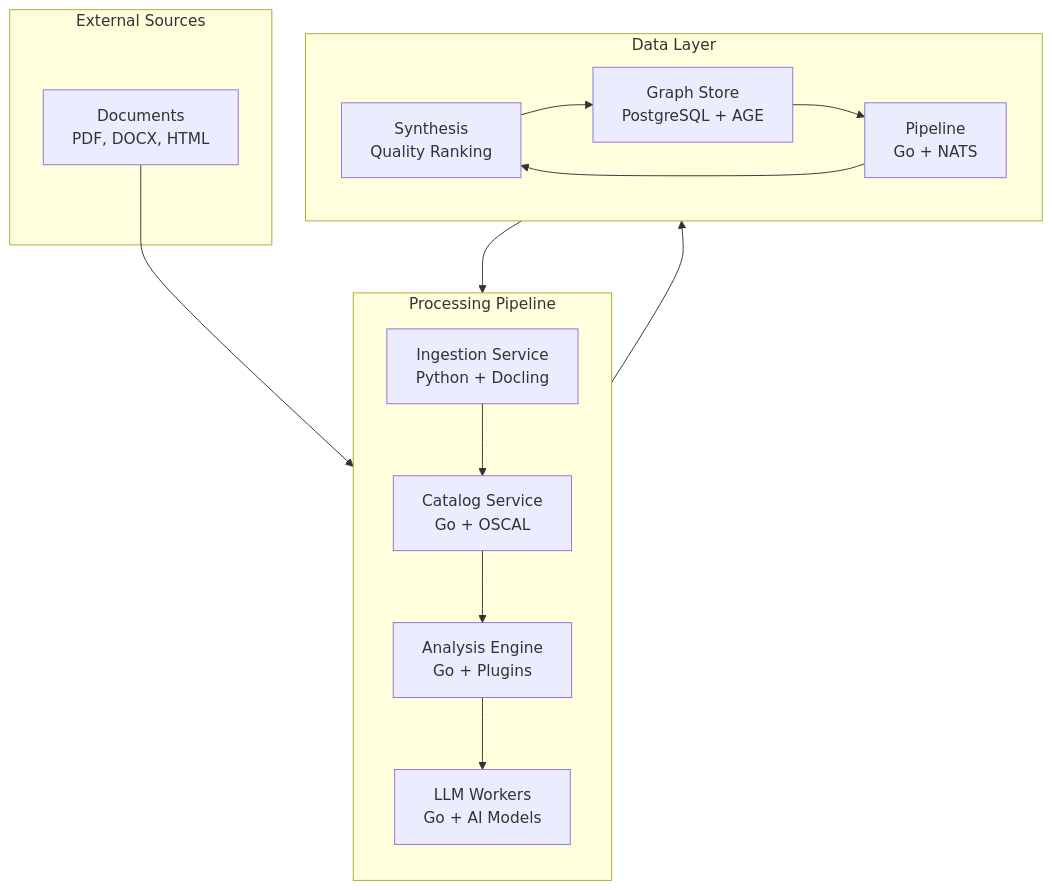
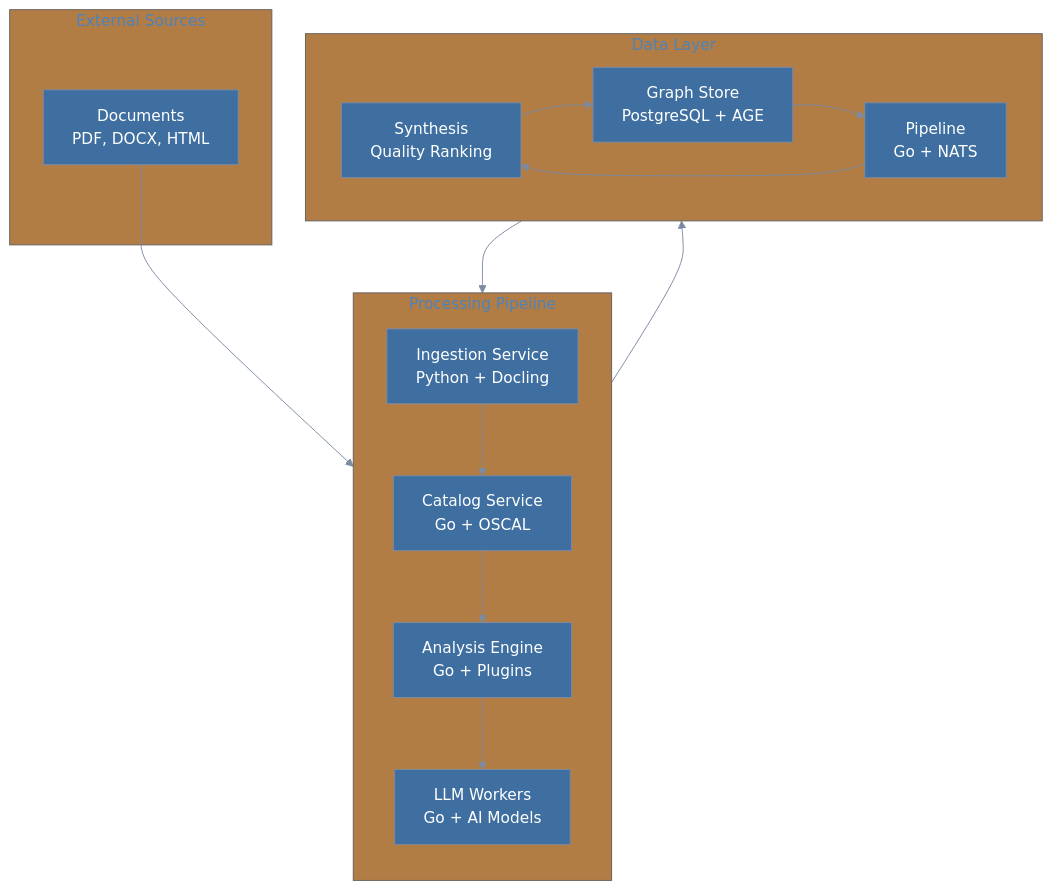
One commit to complytime-labs/crosscodex changed the first of 3 diagrams in README.md. Above: the diagram before and after it, drawn with Mermaid. The commit also changed other lines of this file and 2 other files, not shown here.

First line of the commit message:
feat(config): implement XDG-compliant 9-layer configuration system

````diff
--- a/README.md
+++ b/README.md
@@ -46,32 +25,40 @@
 ```mermaid
-flowchart TB
+%%{init: {'theme': 'base', 'themeVariables': {
+  'primaryColor': '#3e6fa0',
+  'primaryTextColor': '#ffffff',
+  'primaryBorderColor': '#7c8ba1',
+  'lineColor': '#7c8ba1',
+  'edgeLabelBackground': '#f5f5f5',
+  'fontFamily': 'system-ui, sans-serif'
+}}}%%
+flowchart TD
     subgraph external ["External Sources"]
         docs["Documents<br/>PDF, DOCX, HTML"]
     end
 
     subgraph processing ["Processing Pipeline"]
-        direction TB
+        direction TD
         ingestion["Ingestion Service<br/>Python + Docling"]
         catalog["Catalog Service<br/>Go + OSCAL"]
         analysis["Analysis Engine<br/>Go + Plugins"]
         llm["LLM Workers<br/>Go + AI Models"]
     end
 
     subgraph datalayer ["Data Layer"]
         direction LR
         synthesis["Synthesis<br/>Quality Ranking"]
         graphdb["Graph Store<br/>PostgreSQL + AGE"]
         pipeline["Pipeline<br/>Go + NATS"]
     end
 
     docs --> ingestion
     ingestion --> catalog
     catalog --> analysis
     analysis --> llm
     llm --> synthesis
     synthesis --> graphdb
     pipeline --> analysis
     pipeline --> synthesis
     graphdb --> pipeline
 
 ```
````
